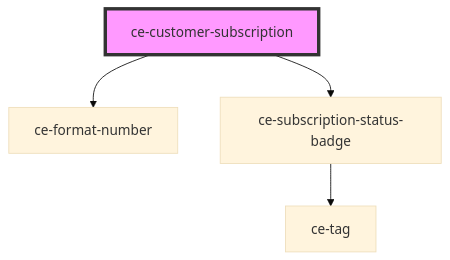
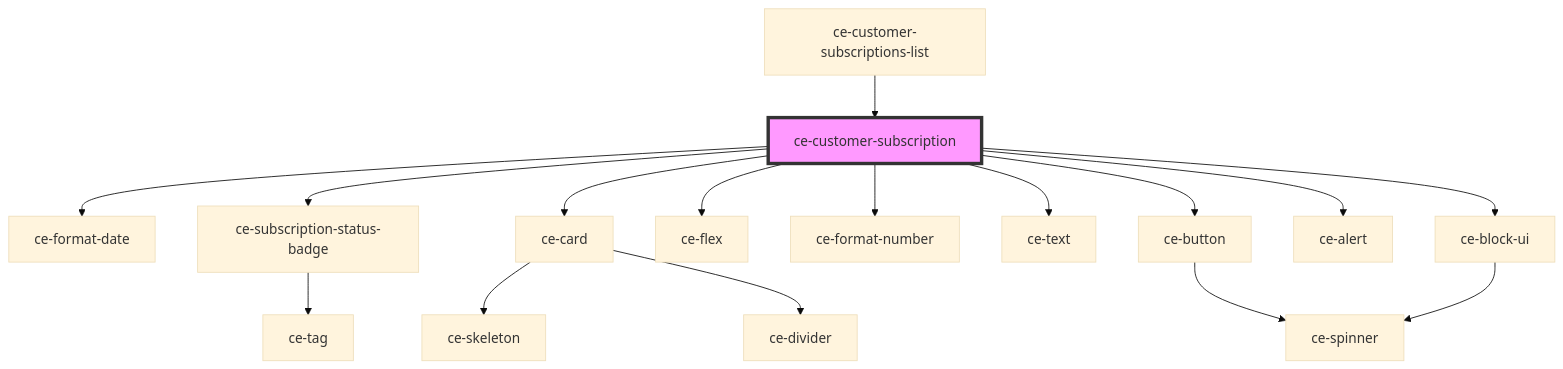
Before and after one commit to surecart/surecart-wp-plugin: the diagram in packages/components/src/components/controllers/dashboard/customer-subscription/readme.md, drawn with Mermaid (base theme). The commit also changed other lines of this file and 41 other files, not shown here.

````diff
--- a/packages/components/src/components/controllers/dashboard/customer-subscription/readme.md
+++ b/packages/components/src/components/controllers/dashboard/customer-subscription/readme.md
@@ -23,7 +54,19 @@
 ```mermaid
 graph TD;
+  ce-customer-subscription --> ce-format-date
+  ce-customer-subscription --> ce-subscription-status-badge
+  ce-customer-subscription --> ce-card
+  ce-customer-subscription --> ce-flex
   ce-customer-subscription --> ce-format-number
-  ce-customer-subscription --> ce-subscription-status-badge
+  ce-customer-subscription --> ce-text
+  ce-customer-subscription --> ce-button
+  ce-customer-subscription --> ce-alert
+  ce-customer-subscription --> ce-block-ui
   ce-subscription-status-badge --> ce-tag
+  ce-card --> ce-skeleton
+  ce-card --> ce-divider
+  ce-button --> ce-spinner
+  ce-block-ui --> ce-spinner
+  ce-customer-subscriptions-list --> ce-customer-subscription
   style ce-customer-subscription fill:#f9f,stroke:#333,stroke-width:4px
 ```
````
